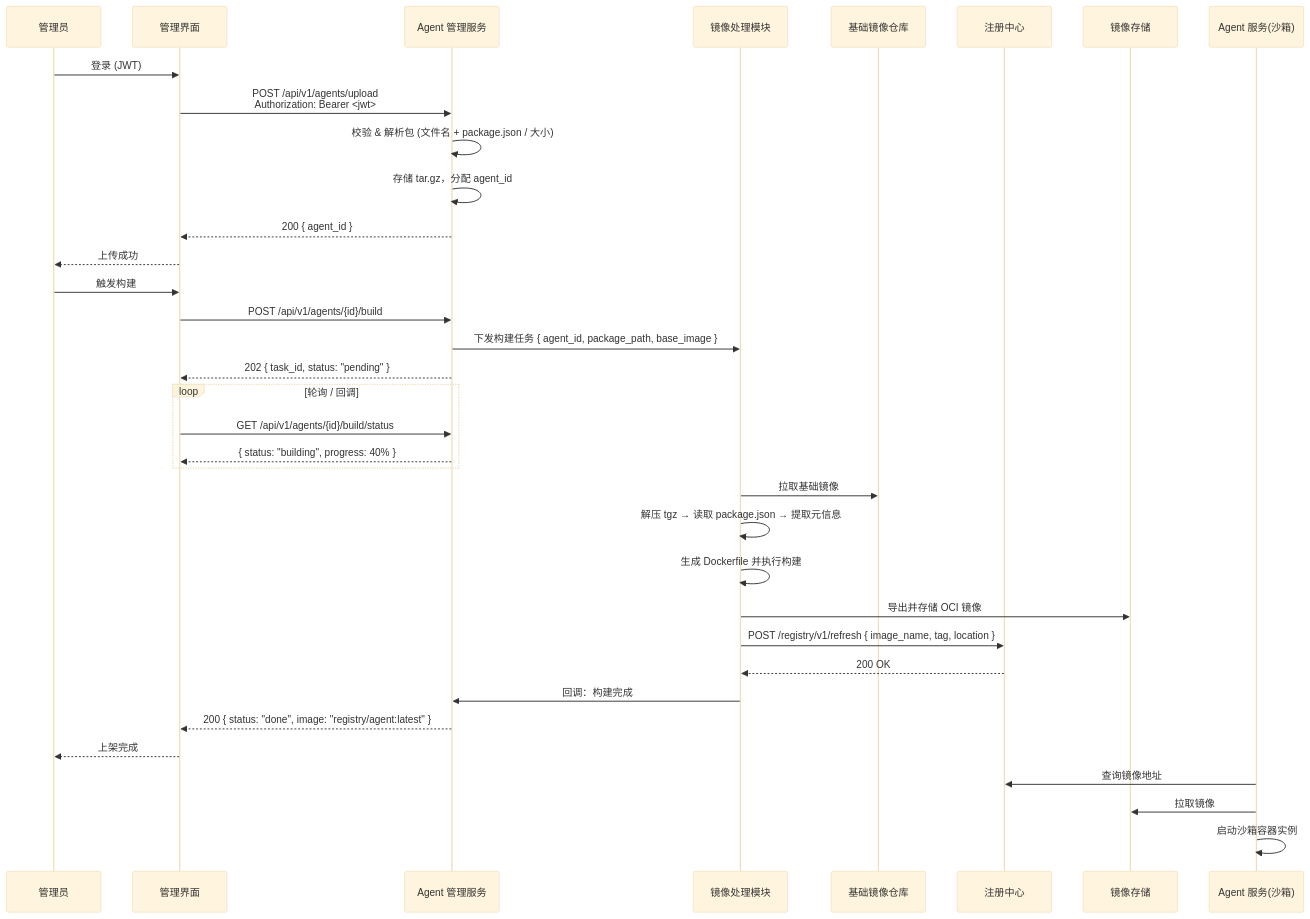
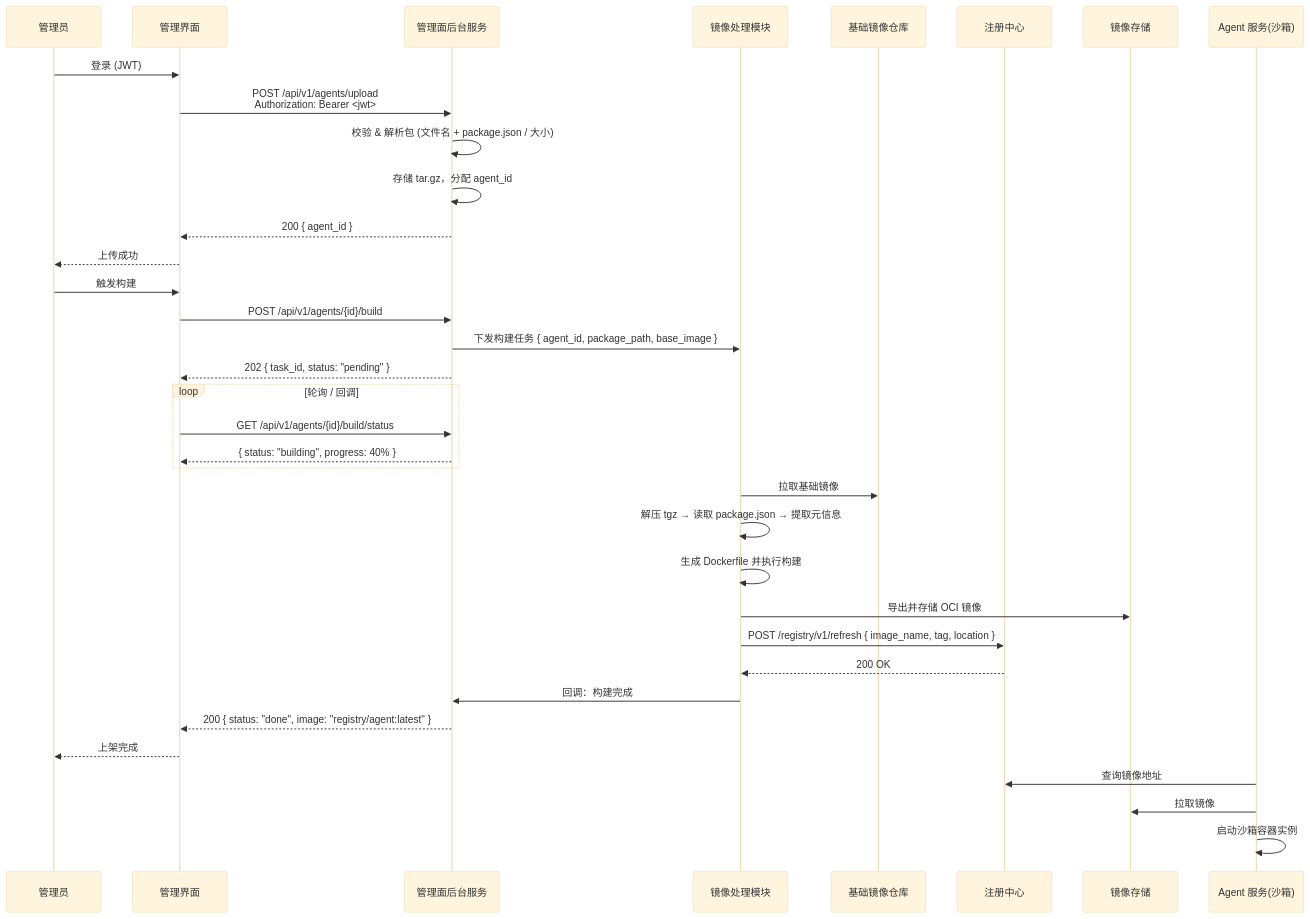
The second of 3 diagrams in codeagent/docs/design/claude-code-offline-install.md (csoulnd/InferTechNote), drawn with Mermaid (base theme) before and after one commit. The commit also changed other lines of this file, not shown here.

````diff
--- a/codeagent/docs/design/claude-code-offline-install.md
+++ b/codeagent/docs/design/claude-code-offline-install.md
@@ -85,42 +85,42 @@
 ```mermaid
 sequenceDiagram
     participant Admin as 管理员
     participant UI as 管理界面
-    participant AM as Agent 管理服务
+    participant ADMIN as 管理面后台服务
     participant BE as 镜像处理模块
     participant BR as 基础镜像仓库
     participant REG as 注册中心
     participant STORE as 镜像存储
     participant SBOX as Agent 服务(沙箱)
 
     Admin->>UI: 登录 (JWT)
-    UI->>AM: POST /api/v1/agents/upload<br/>Authorization: Bearer <jwt>
-    AM->>AM: 校验 & 解析包 (文件名 + package.json / 大小)
-    AM->>AM: 存储 tar.gz，分配 agent_id
-    AM-->>UI: 200 { agent_id }
+    UI->>ADMIN: POST /api/v1/agents/upload<br/>Authorization: Bearer <jwt>
+    ADMIN->>ADMIN: 校验 & 解析包 (文件名 + package.json / 大小)
+    ADMIN->>ADMIN: 存储 tar.gz，分配 agent_id
+    ADMIN-->>UI: 200 { agent_id }
     UI-->>Admin: 上传成功
 
     Admin->>UI: 触发构建
-    UI->>AM: POST /api/v1/agents/{id}/build
-    AM->>BE: 下发构建任务 { agent_id, package_path, base_image }
-    AM-->>UI: 202 { task_id, status: "pending" }
+    UI->>ADMIN: POST /api/v1/agents/{id}/build
+    ADMIN->>BE: 下发构建任务 { agent_id, package_path, base_image }
+    ADMIN-->>UI: 202 { task_id, status: "pending" }
 
     loop 轮询 / 回调
-        UI->>AM: GET /api/v1/agents/{id}/build/status
-        AM-->>UI: { status: "building", progress: 40% }
+        UI->>ADMIN: GET /api/v1/agents/{id}/build/status
+        ADMIN-->>UI: { status: "building", progress: 40% }
     end
 
     BE->>BR: 拉取基础镜像
     BE->>BE: 解压 tgz → 读取 package.json → 提取元信息
     BE->>BE: 生成 Dockerfile 并执行构建
     BE->>STORE: 导出并存储 OCI 镜像
     BE->>REG: POST /registry/v1/refresh { image_name, tag, location }
     REG-->>BE: 200 OK
-    BE->>AM: 回调：构建完成
-    AM-->>UI: 200 { status: "done", image: "registry/agent:latest" }
+    BE->>ADMIN: 回调：构建完成
+    ADMIN-->>UI: 200 { status: "done", image: "registry/agent:latest" }
     UI-->>Admin: 上架完成
 
     SBOX->>REG: 查询镜像地址
     SBOX->>STORE: 拉取镜像
     SBOX->>SBOX: 启动沙箱容器实例
 ```
````
